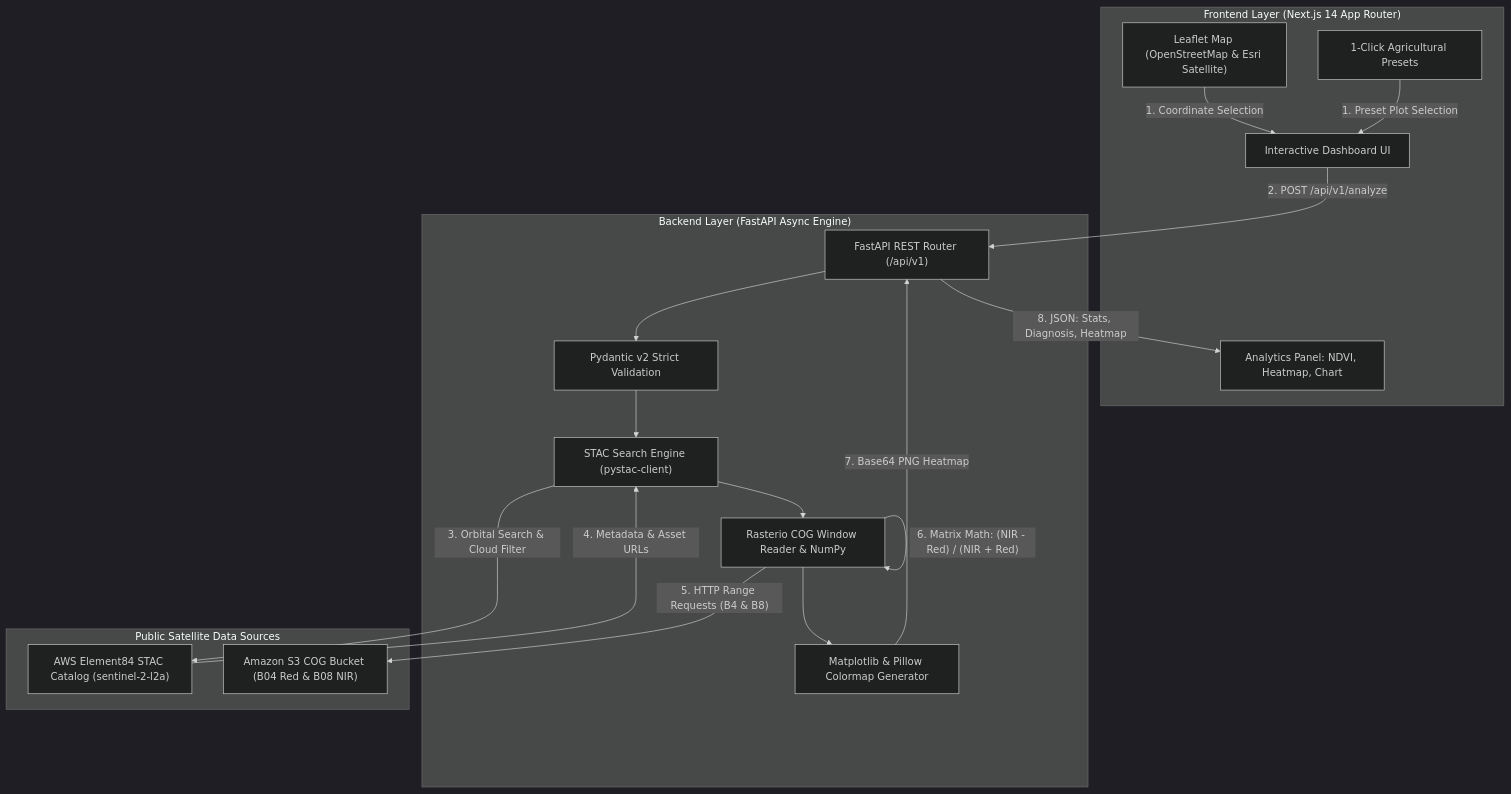
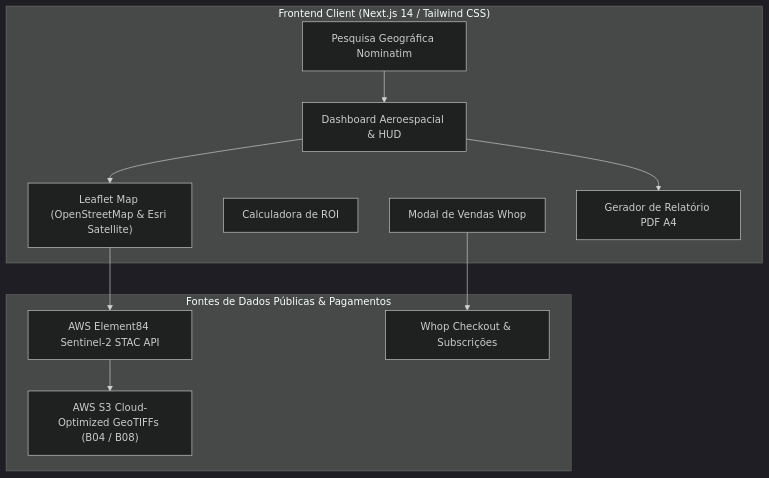
One commit to Miguel-Galrito/cropvision changed the diagram in README.md. Above: the diagram before and after it, drawn with Mermaid (dark theme). The commit also changed other lines of this file and 25 other files, not shown here.

Commit message:
feat: CropVision SaaS rebranding, Whop monetization, aerospace dark theme and ROI calculator

````diff
--- a/README.md
+++ b/README.md
@@ -76,36 +97,24 @@
 ```mermaid
 flowchart TD
-    subgraph Frontend["Frontend Layer (Next.js 14 App Router)"]
-        UI["Interactive Dashboard UI"]
+    subgraph Frontend["Frontend Client (Next.js 14 / Tailwind CSS)"]
+        UI["Dashboard Aeroespacial & HUD"]
         Map["Leaflet Map (OpenStreetMap & Esri Satellite)"]
-        Presets["1-Click Agricultural Presets"]
-        Panel["Analytics Panel: NDVI, Heatmap, Chart"]
+        Search["Pesquisa Geográfica Nominatim"]
+        ROI["Calculadora de ROI"]
+        WhopModal["Modal de Vendas Whop"]
+        PDF["Gerador de Relatório PDF A4"]
     end
 
-    subgraph Backend["Backend Layer (FastAPI Async Engine)"]
-        API["FastAPI REST Router (/api/v1)"]
-        Pydantic["Pydantic v2 Strict Validation"]
-        STACService["STAC Search Engine (pystac-client)"]
-        NDVIService["Rasterio COG Window Reader & NumPy"]
-        ThumbnailService["Matplotlib & Pillow Colormap Generator"]
+    subgraph DataSources["Fontes de Dados Públicas & Pagamentos"]
+        STAC["AWS Element84 Sentinel-2 STAC API"]
+        COGS["AWS S3 Cloud-Optimized GeoTIFFs (B04 / B08)"]
+        WhopAPI["Whop Checkout & Subscrições"]
     end
 
-    subgraph DataSources["Public Satellite Data Sources"]
-        STACCatalog["AWS Element84 STAC Catalog (sentinel-2-l2a)"]
-        S3COGs["Amazon S3 COG Bucket (B04 Red & B08 NIR)"]
-    end
-
-    Map -->|"1. Coordinate Selection"| UI
-    Presets -->|"1. Preset Plot Selection"| UI
-    UI -->|"2. POST /api/v1/analyze"| API
-    API --> Pydantic
-    Pydantic --> STACService
-    STACService -->|"3. Orbital Search & Cloud Filter"| STACCatalog
-    STACCatalog -->|"4. Metadata & Asset URLs"| STACService
-    STACService --> NDVIService
-    NDVIService -->|"5. HTTP Range Requests (B4 & B8)"| S3COGs
-    NDVIService -->|"6. Matrix Math: (NIR - Red) / (NIR + Red)"| NDVIService
-    NDVIService --> ThumbnailService
-    ThumbnailService -->|"7. Base64 PNG Heatmap"| API
-    API -->|"8. JSON: Stats, Diagnosis, Heatmap"| Panel
+    UI --> Map
+    Search --> UI
+    Map --> STAC
+    STAC --> COGS
+    WhopModal --> WhopAPI
+    UI --> PDF
 ```
````
